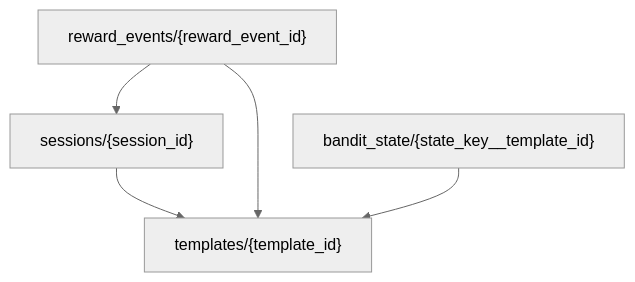
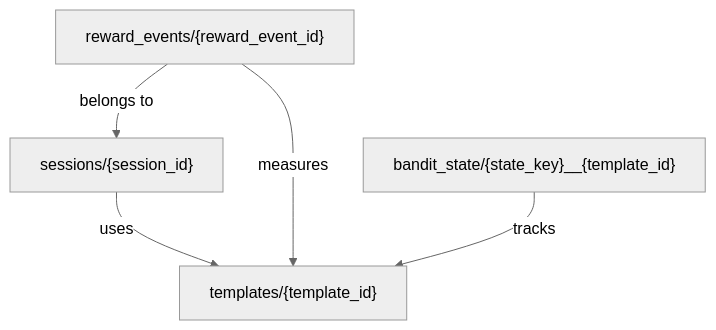
One commit to soy-sorce/tea-pillar changed the fifth of 8 diagrams in docs/ja/INFRASTRUCTURE.md. Above: the diagram before and after it, drawn with Mermaid (neutral theme). The commit also changed other lines of this file and 4 other files, not shown here.

````diff
--- a/docs/ja/INFRASTRUCTURE.md
+++ b/docs/ja/INFRASTRUCTURE.md
@@ -296,12 +302,12 @@
 ```mermaid
 graph TD
     T["templates/{template_id}"]
     S["sessions/{session_id}"]
     R["reward_events/{reward_event_id}"]
-    B["bandit_state/{state_key__template_id}"]
+    B["bandit_state/{state_key}__{template_id}"]
 
-    S --> T
-    R --> S
-    R --> T
-    B --> T
+    S -->|"uses"| T
+    R -->|"belongs to"| S
+    R -->|"measures"| T
+    B -->|"tracks"| T
 ```
````
